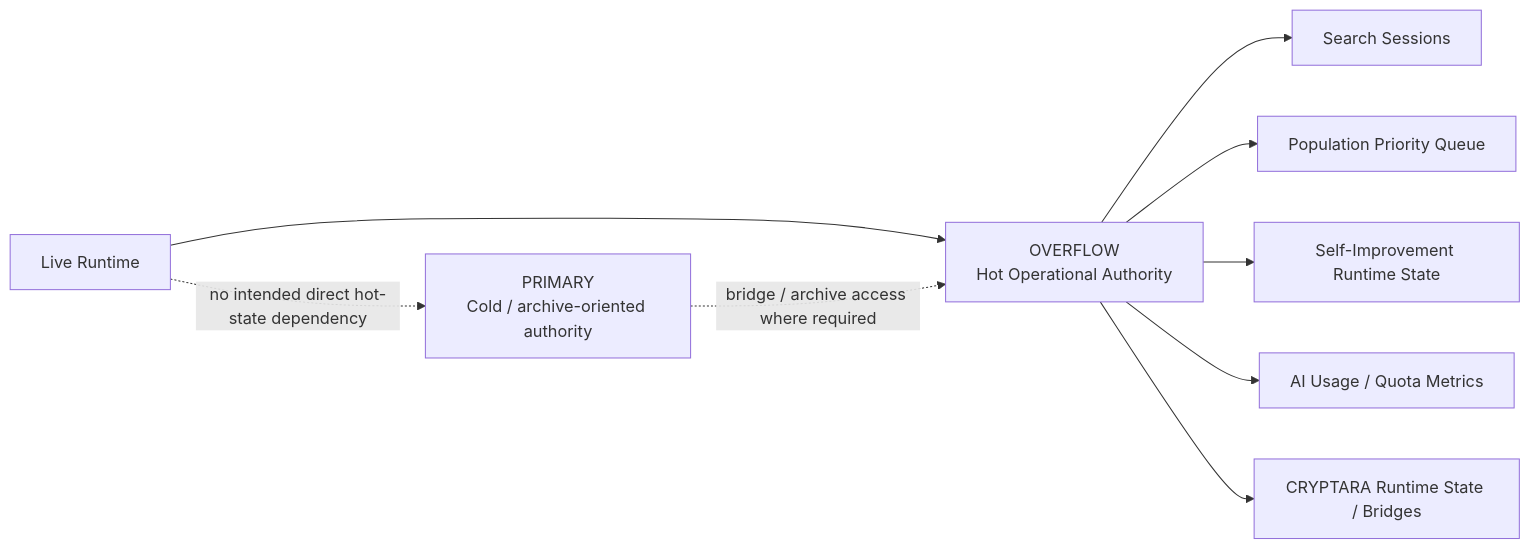
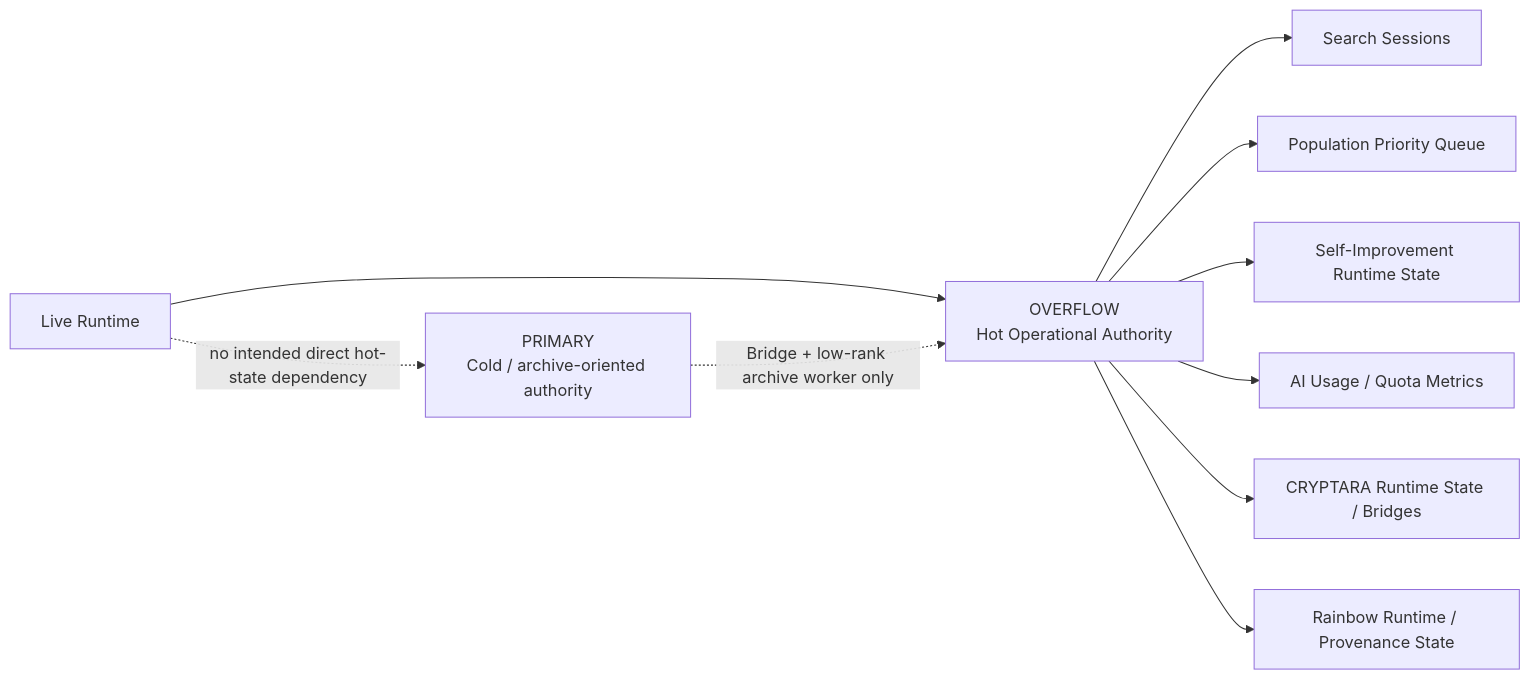
Diagram 19 of 19 in README.md (Rjdclink/Bad-Blue), drawn with Mermaid before and after one commit. The commit also changed other lines of this file, not shown here.

Commit message:
Expand README system inventory and worker hierarchy

````diff
--- a/README.md
+++ b/README.md
@@ -769,14 +1389,15 @@
 ```mermaid
 flowchart LR
     LIVE["Live Runtime"] --> OVER["OVERFLOW\nHot Operational Authority"]
 
     OVER --> SEARCH["Search Sessions"]
     OVER --> POP["Population Priority Queue"]
     OVER --> SELF["Self-Improvement Runtime State"]
     OVER --> AI["AI Usage / Quota Metrics"]
     OVER --> CRYPT["CRYPTARA Runtime State / Bridges"]
+    OVER --> RAIN["Rainbow Runtime / Provenance State"]
 
-    PRIMARY["PRIMARY\nCold / archive-oriented authority"] -. "bridge / archive access where required" .-> OVER
+    PRIMARY["PRIMARY\nCold / archive-oriented authority"] -. "Bridge + low-rank archive worker only" .-> OVER
 
     LIVE -. "no intended direct hot-state dependency" .-> PRIMARY
 ```
````
